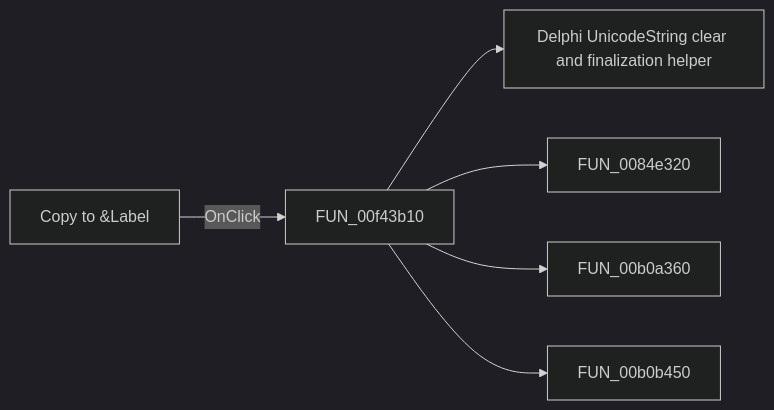
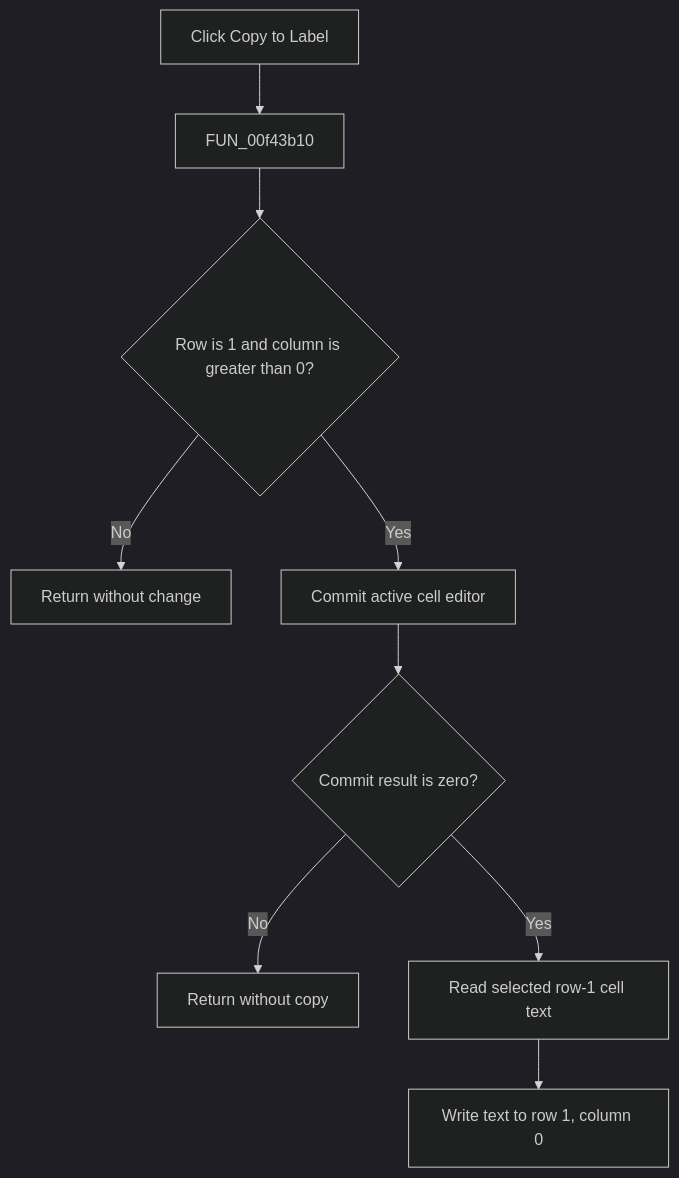
One commit to MovGP0/TIARA changed the diagram in docs/ui-controls/schpropertyeditor/pmcopytolabel-93cd1abf60.md. Above: the diagram before and after it, drawn with Mermaid (dark theme). The commit also changed other lines of this file and 1062 other files, not shown here.

````diff
--- a/docs/ui-controls/schpropertyeditor/pmcopytolabel-93cd1abf60.md
+++ b/docs/ui-controls/schpropertyeditor/pmcopytolabel-93cd1abf60.md
@@ -27,8 +29,11 @@
 ```mermaid
-flowchart LR
-    control["Copy to &Label"] -->|OnClick| handler["FUN_00f43b10"]
-    handler --> call1["Delphi UnicodeString clear and finalization helper"]
-    handler --> call2["FUN_0084e320"]
-    handler --> call3["FUN_00b0a360"]
-    handler --> call4["FUN_00b0b450"]
+flowchart TD
+    control["Click Copy to Label"] --> handler["FUN_00f43b10"]
+    handler --> cell{"Row is 1 and column is greater than 0?"}
+    cell -->|No| noop["Return without change"]
+    cell -->|Yes| commit["Commit active cell editor"]
+    commit --> valid{"Commit result is zero?"}
+    valid -->|No| stop["Return without copy"]
+    valid -->|Yes| read["Read selected row-1 cell text"]
+    read --> write["Write text to row 1, column 0"]
 ```
````
